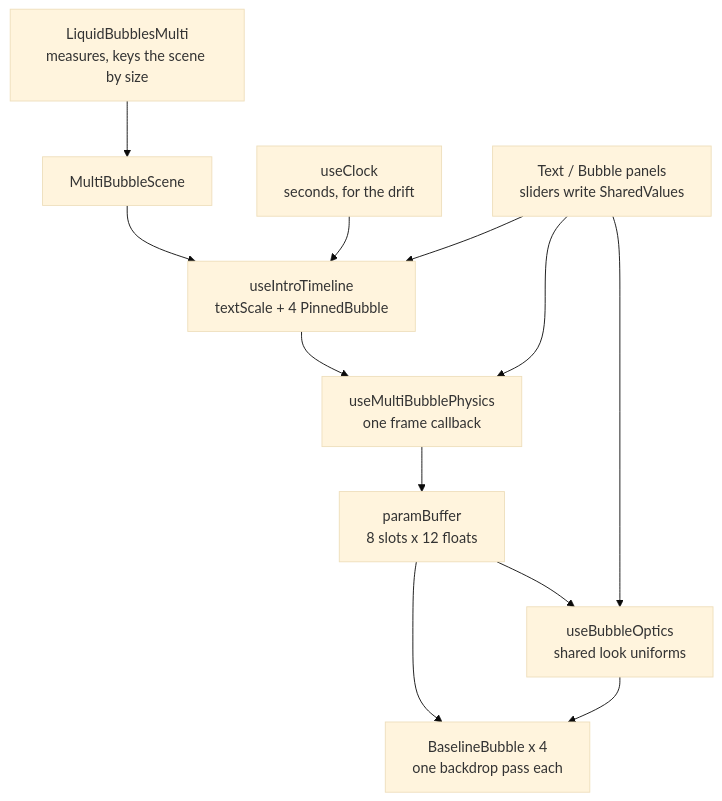
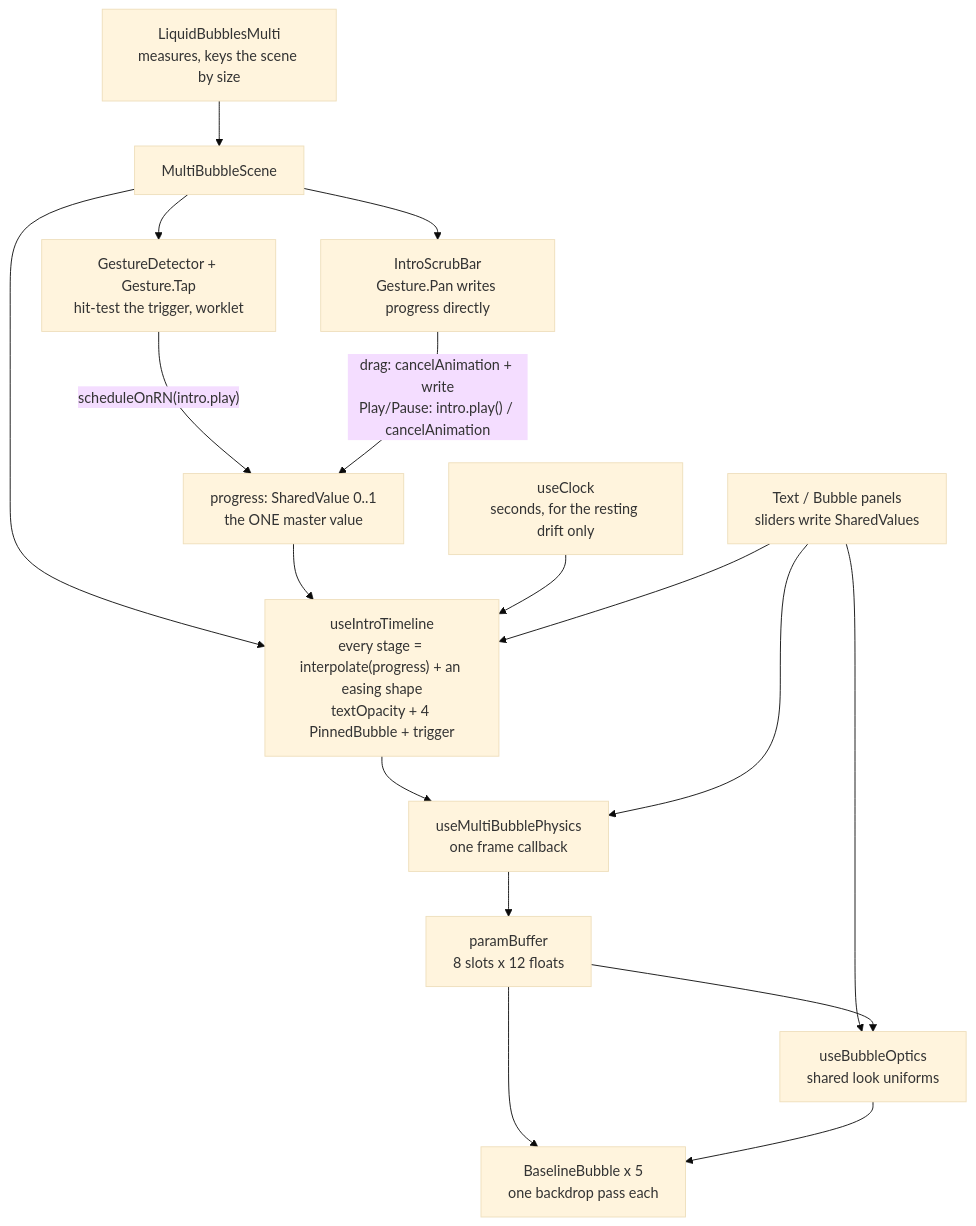
Before and after one commit to ImCitizen13/quattro4maggi: the first of 2 diagrams in src/components/liquid-bubbles-multi/README.md, drawn with Mermaid (base theme). The commit also changed other lines of this file and 5 other files, not shown here.

First line of the commit message:
Liquid bubbles multi: tap-to-start intro on one scrubbable progress value

````diff
--- a/src/components/liquid-bubbles-multi/README.md
+++ b/src/components/liquid-bubbles-multi/README.md
@@ -29,19 +34,27 @@
 ```mermaid
 flowchart TD
     LBM["LiquidBubblesMulti<br/>measures, keys the scene by size"]
     SCENE["MultiBubbleScene"]
-    CLOCK["useClock<br/>seconds, for the drift"]
+    CLOCK["useClock<br/>seconds, for the resting drift only"]
     PANELS["Text / Bubble panels<br/>sliders write SharedValues"]
-    INTRO["useIntroTimeline<br/>textScale + 4 PinnedBubble"]
+    GESTURE["GestureDetector + Gesture.Tap<br/>hit-test the trigger, worklet"]
+    SCRUB["IntroScrubBar<br/>Gesture.Pan writes progress directly"]
+    PROGRESS["progress: SharedValue 0..1<br/>the ONE master value"]
+    INTRO["useIntroTimeline<br/>every stage = interpolate(progress) + an easing shape<br/>textOpacity + 4 PinnedBubble + trigger"]
     PHYS["useMultiBubblePhysics<br/>one frame callback"]
     BUF["paramBuffer<br/>8 slots x 12 floats"]
     OPTICS["useBubbleOptics<br/>shared look uniforms"]
-    PASS["BaselineBubble x 4<br/>one backdrop pass each"]
+    PASS["BaselineBubble x 5<br/>one backdrop pass each"]
 
     LBM --> SCENE --> INTRO --> PHYS --> BUF --> PASS
+    SCENE --> GESTURE
+    SCENE --> SCRUB
+    GESTURE -- "scheduleOnRN(intro.play)" --> PROGRESS
+    SCRUB -- "drag: cancelAnimation + write<br/>Play/Pause: intro.play() / cancelAnimation" --> PROGRESS
+    PROGRESS --> INTRO
     CLOCK --> INTRO
     PANELS --> INTRO
     PANELS --> PHYS
     PANELS --> OPTICS
     BUF --> OPTICS --> PASS
 ```
````
